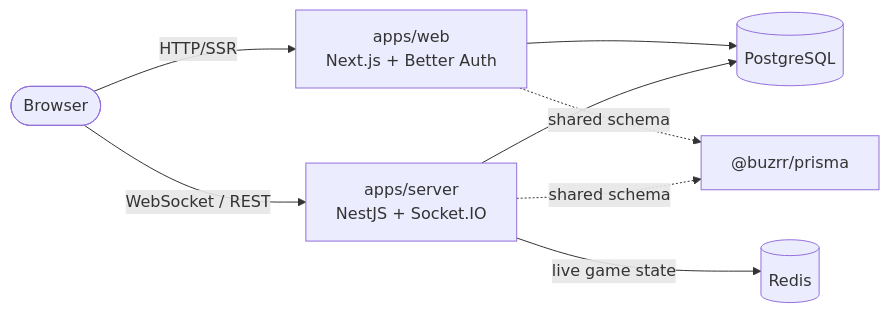
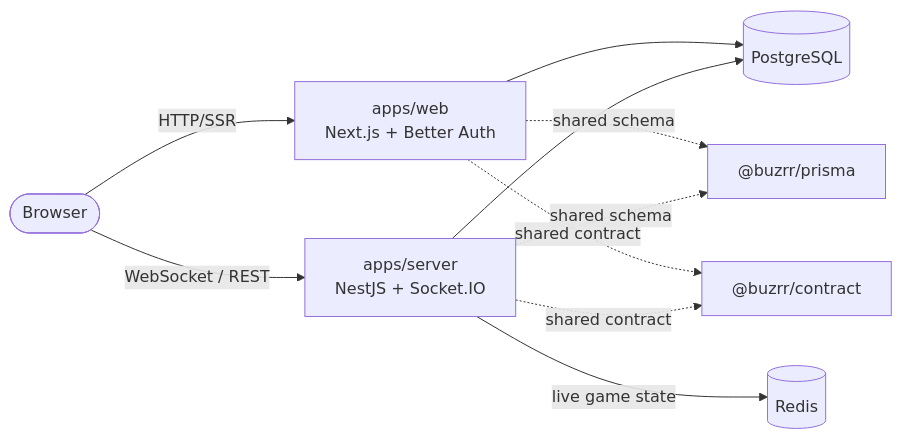
Before and after one commit to buzrr/buzrr: the first of 2 diagrams in ARCHITECTURE.md, drawn with Mermaid. The commit also changed other lines of this file and 132 other files, not shown here.

First line of the commit message:
feat: pluggable question types, pure engine core, shared contract, self-hosting (#70)

````diff
--- a/ARCHITECTURE.md
+++ b/ARCHITECTURE.md
@@ -19,10 +19,12 @@
 ```mermaid
 flowchart LR
     B([Browser]) -- HTTP/SSR --> W["apps/web<br/>Next.js + Better Auth"]
     B -- WebSocket / REST --> S["apps/server<br/>NestJS + Socket.IO"]
     W --> PG[("PostgreSQL")]
     S --> PG
     S -- live game state --> R[("Redis")]
     W -. shared schema .-> P["@buzrr/prisma"]
     S -. shared schema .-> P
+    W -. shared contract .-> C["@buzrr/contract"]
+    S -. shared contract .-> C
 ```
````
